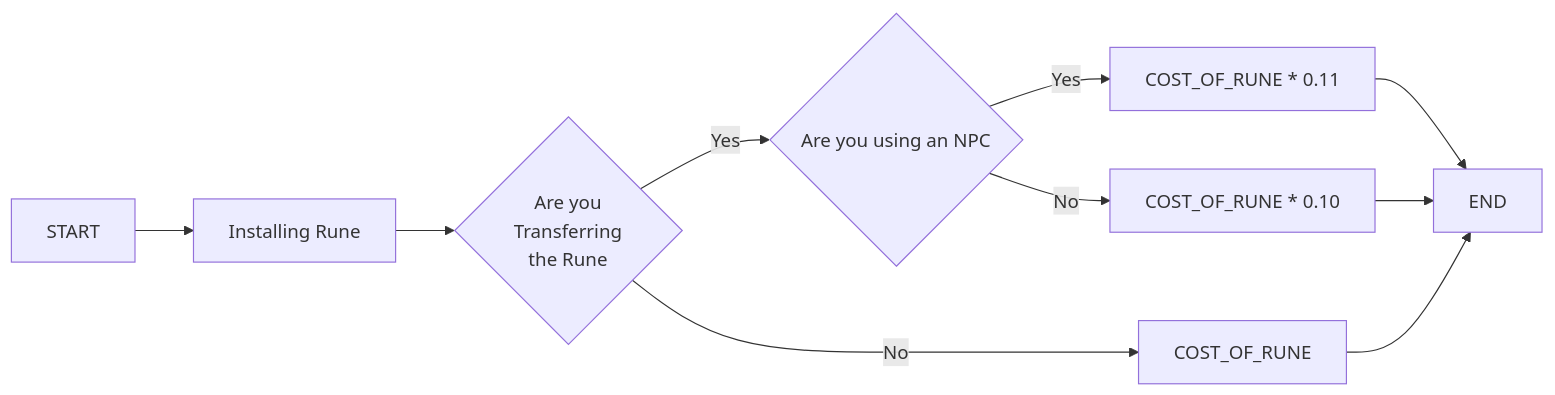
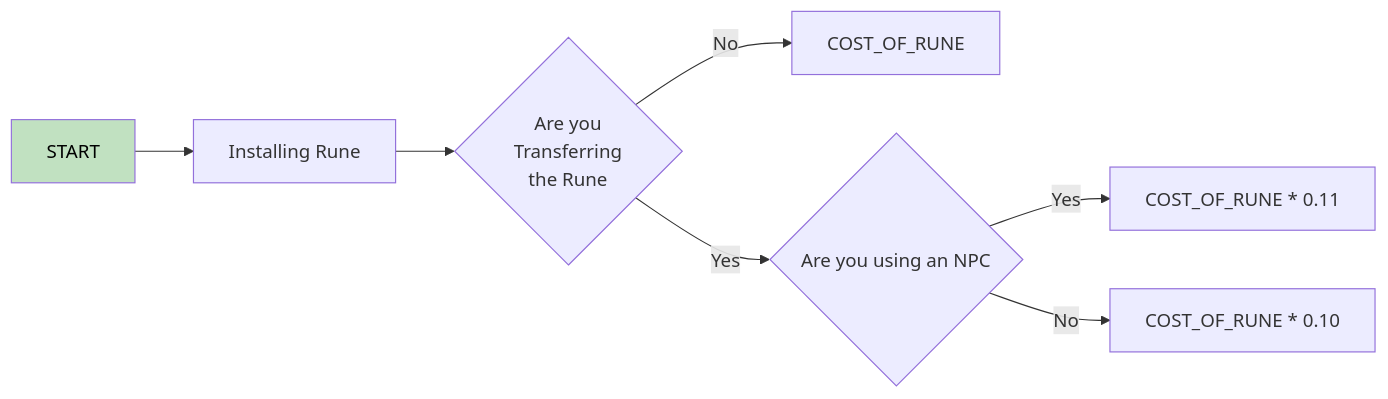
The first of 2 diagrams in PF2E/Strength of Thousands/Flow Charts/Rune Guide.md (speck0413/notes), drawn with Mermaid before and after one commit. The commit also changed other lines of this file, not shown here.

Commit message:
July 7, 2022 5:49 PM

````diff
--- a/PF2E/Strength of Thousands/Flow Charts/Rune Guide.md
+++ b/PF2E/Strength of Thousands/Flow Charts/Rune Guide.md
@@ -3,21 +3,20 @@
 ```mermaid
 
 flowchart LR
 
 NPC_COST[COST_OF_RUNE * 0.11]
 PC_COST[COST_OF_RUNE * 0.10]
 RUNE_COST[COST_OF_RUNE]
 
+style START fill:#C1E1C1,color:#000
+
 START-->
 State1[Installing Rune] --> Transfer{Are you <br> Transferring <br> the Rune}
 Transfer-->|Yes|UsingNPC{Are you using an NPC}
 UsingNPC-->|Yes|NPC_COST
--->END
 
 UsingNPC-->|No|PC_COST
--->END
 
 Transfer-->|No|RUNE_COST
--->END
 
 ```
````
